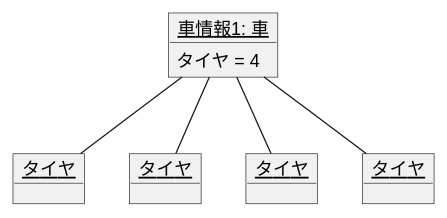
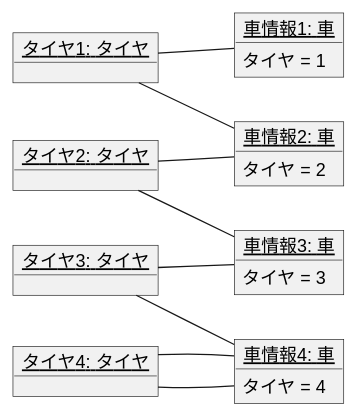
One commit to Takhshi/uml-introduction changed the diagram in 演習3-4_オブジェクト図.pu. Above: the diagram before and after it, drawn with PlantUML. The commit also changed 2 other files, not shown here.

```diff
--- a/演習3-4_オブジェクト図.pu
+++ b/演習3-4_オブジェクト図.pu
@@ -1,18 +1,31 @@
 @startuml オブジェクト図
-' left to right direction
+left to right direction
 object "<u>車情報1: 車</u>" as car1 {
+タイヤ = 1
+}
+object "<u>車情報2: 車</u>" as car2 {
+タイヤ = 2
+}
+object "<u>車情報3: 車</u>" as car3 {
+タイヤ = 3
+}
+object "<u>車情報4: 車</u>" as car4 {
 タイヤ = 4
 }
-object "<u>タイヤ</u>" as t1 {
+object "<u>タイヤ1: タイヤ</u>" as t1 {
 }
-object "<u>タイヤ</u>" as t2 {
+object "<u>タイヤ2: タイヤ</u>" as t2 {
 }
-object "<u>タイヤ</u>" as t3 {
+object "<u>タイヤ3: タイヤ</u>" as t3 {
 }
-object "<u>タイヤ</u>" as t4 {
+object "<u>タイヤ4: タイヤ</u>" as t4 {
 }
-car1 -- t1
-car1 -- t2
-car1 -- t3
-car1 -- t4
+t1 -- car1
+t1 -- car2
+t2 -- car2
+t2 -- car3
+t3 -- car3
+t3 -- car4
+t4 -- car4
+t4 --car4
 @enduml
```
